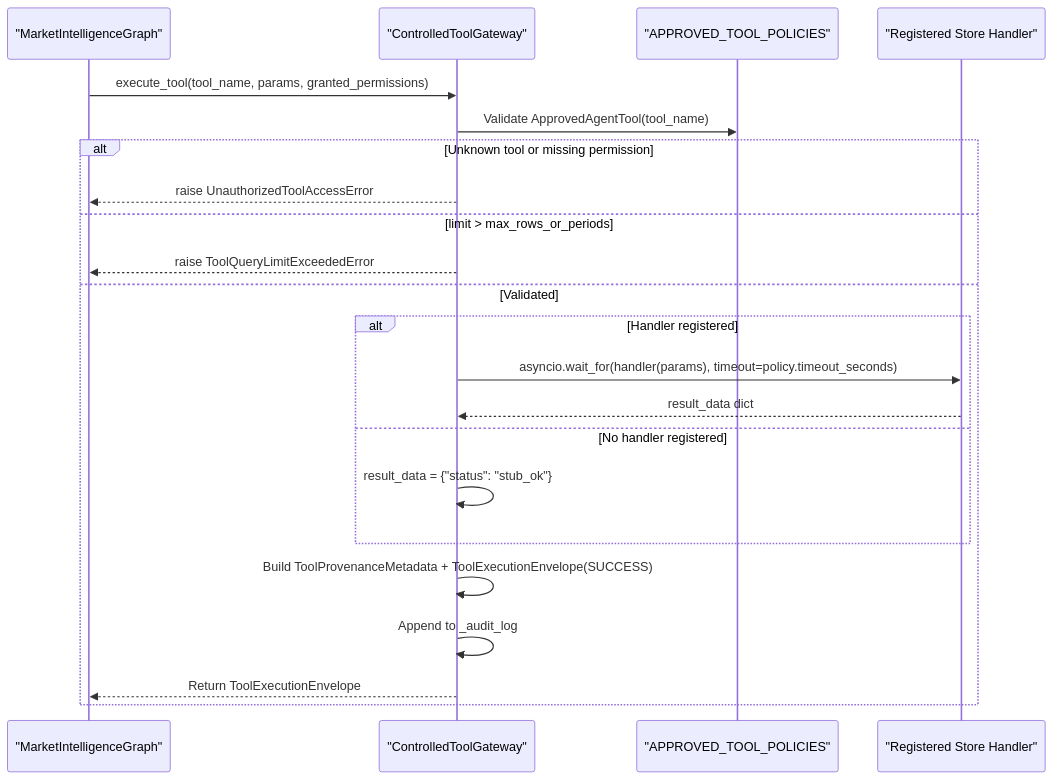
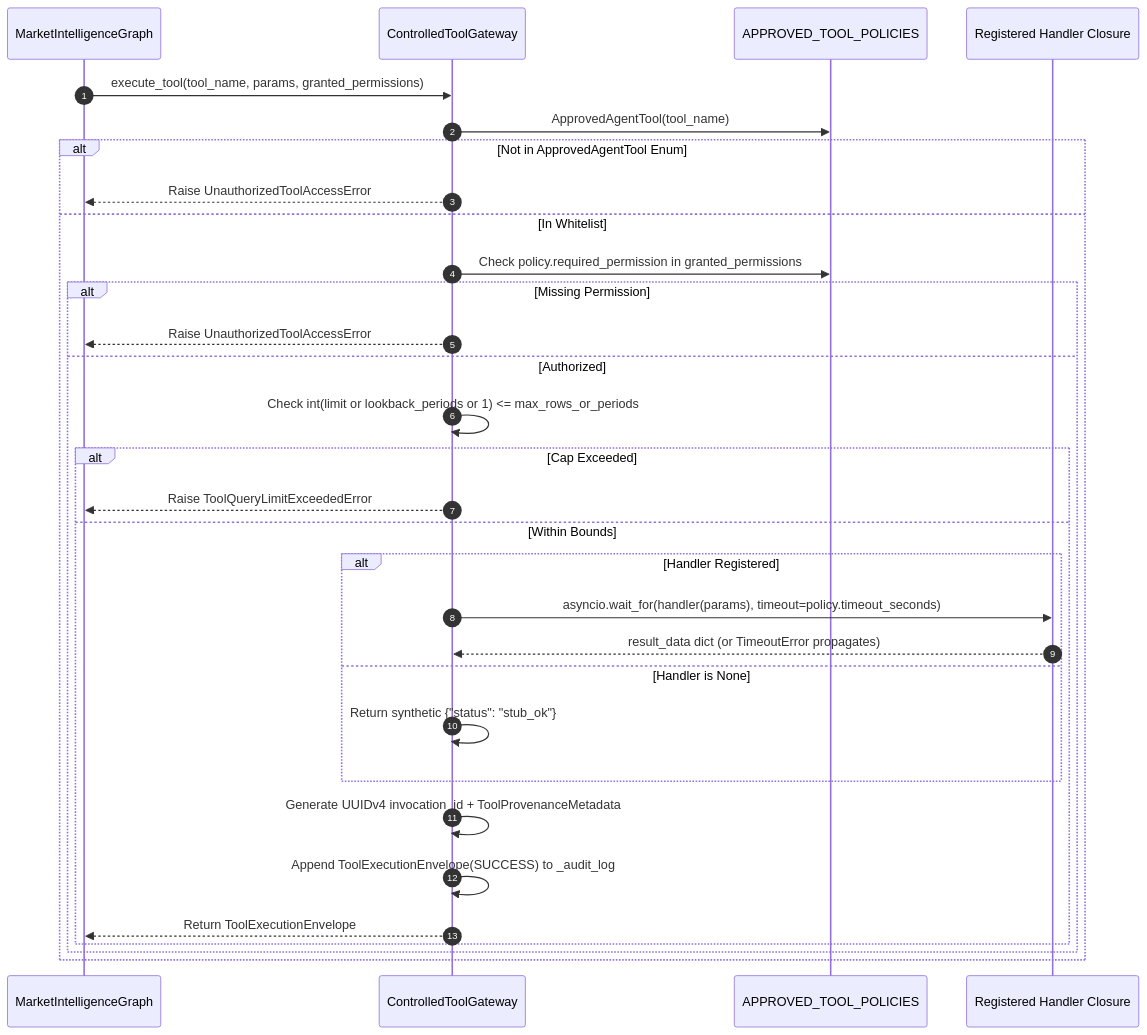
Before and after one commit to DungTran1201/FinancialMarketDataPlatform: the diagram in docs/intelligence-plane/domains/agent-orchestration-and-tools/capabilities/market-intelligence-workflow-and-tool-gateway/workflows/tool-invocation-sequence.md, drawn with Mermaid. The commit also changed other lines of this file and 55 other files, not shown here.

Commit message:
docs: add comprehensive architecture, workflows, and specifications for intelligence plane

````diff
--- a/docs/intelligence-plane/domains/agent-orchestration-and-tools/capabilities/market-intelligence-workflow-and-tool-gateway/workflows/tool-invocation-sequence.md
+++ b/docs/intelligence-plane/domains/agent-orchestration-and-tools/capabilities/market-intelligence-workflow-and-tool-gateway/workflows/tool-invocation-sequence.md
@@ -42,25 +46,34 @@
 ```mermaid
 sequenceDiagram
-    participant Caller as "MarketIntelligenceGraph"
-    participant GW as "ControlledToolGateway"
-    participant Pol as "APPROVED_TOOL_POLICIES"
-    participant H as "Registered Store Handler"
+    autonumber
+    participant ORCH as MarketIntelligenceGraph
+    participant GW as ControlledToolGateway
+    participant POL as APPROVED_TOOL_POLICIES
+    participant HND as Registered Handler Closure
 
-    Caller->>GW: execute_tool(tool_name, params, granted_permissions)
-    GW->>Pol: Validate ApprovedAgentTool(tool_name)
-    alt Unknown tool or missing permission
-        GW-->>Caller: raise UnauthorizedToolAccessError
-    else limit > max_rows_or_periods
-        GW-->>Caller: raise ToolQueryLimitExceededError
-    else Validated
-        alt Handler registered
-            GW->>H: asyncio.wait_for(handler(params), timeout=policy.timeout_seconds)
-            H-->>GW: result_data dict
-        else No handler registered
-            GW->>GW: result_data = {"status": "stub_ok"}
+    ORCH->>GW: execute_tool(tool_name, params, granted_permissions)
+    GW->>POL: ApprovedAgentTool(tool_name)
+    alt Not in ApprovedAgentTool Enum
+        GW-->>ORCH: Raise UnauthorizedToolAccessError
+    else In Whitelist
+        GW->>POL: Check policy.required_permission in granted_permissions
+        alt Missing Permission
+            GW-->>ORCH: Raise UnauthorizedToolAccessError
+        else Authorized
+            GW->>GW: Check int(limit or lookback_periods or 1) <= max_rows_or_periods
+            alt Cap Exceeded
+                GW-->>ORCH: Raise ToolQueryLimitExceededError
+            else Within Bounds
+                alt Handler Registered
+                    GW->>HND: asyncio.wait_for(handler(params), timeout=policy.timeout_seconds)
+                    HND-->>GW: result_data dict (or TimeoutError propagates)
+                else Handler is None
+                    GW->>GW: Return synthetic {"status": "stub_ok"}
+                end
+                GW->>GW: Generate UUIDv4 invocation_id + ToolProvenanceMetadata
+                GW->>GW: Append ToolExecutionEnvelope(SUCCESS) to _audit_log
+                GW-->>ORCH: Return ToolExecutionEnvelope
+            end
         end
-        GW->>GW: Build ToolProvenanceMetadata + ToolExecutionEnvelope(SUCCESS)
-        GW->>GW: Append to _audit_log
-        GW-->>Caller: Return ToolExecutionEnvelope
     end
 ```
````
